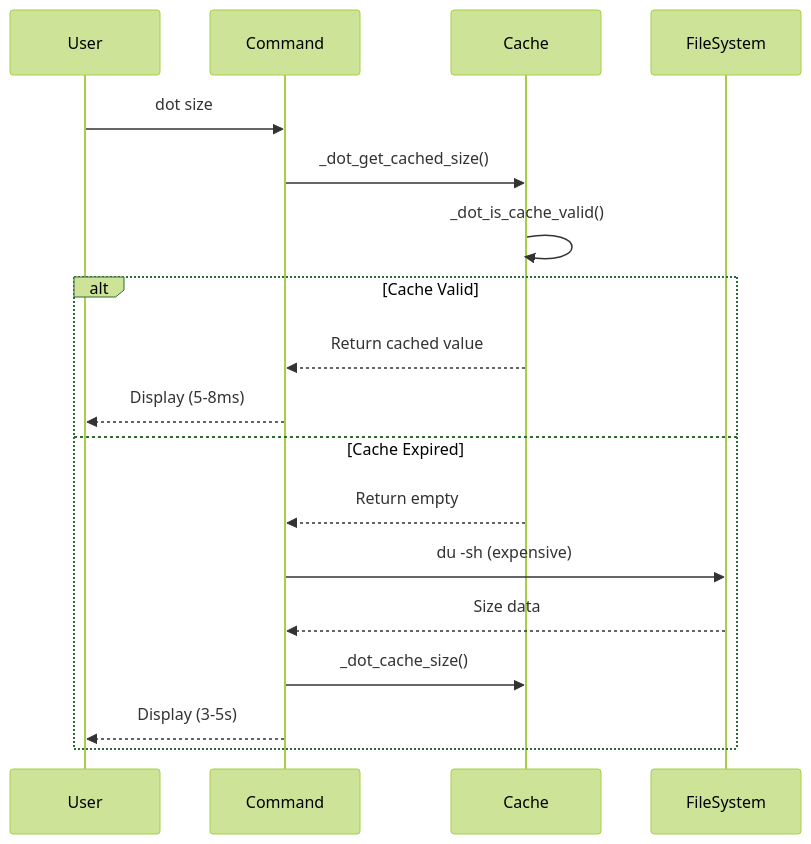
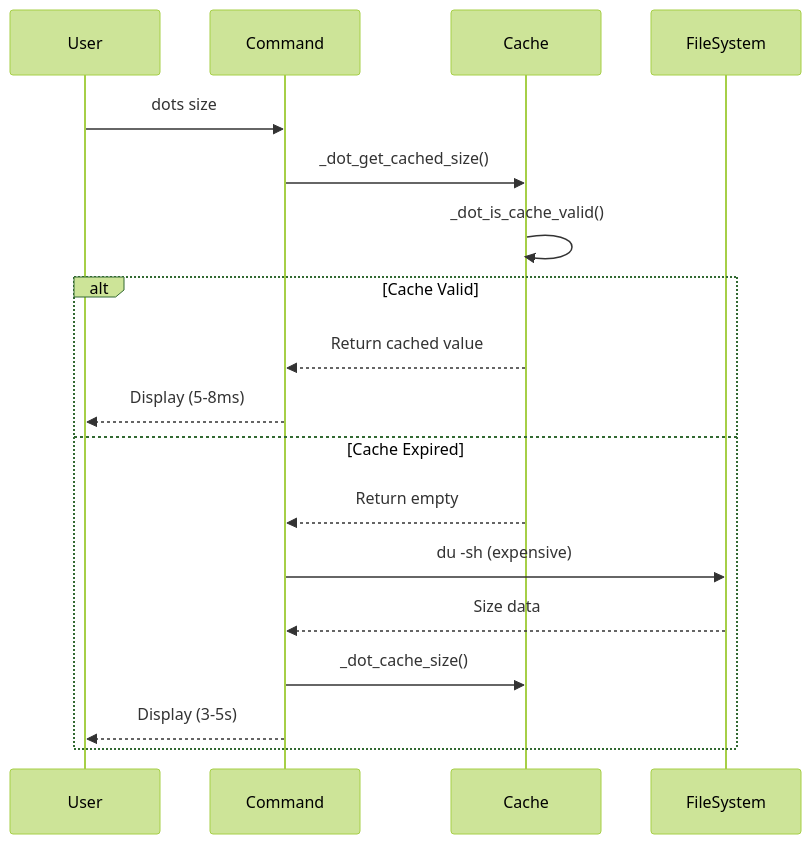
Before and after one commit to Data-Wise/flow-cli: the fourth of 15 diagrams in docs/architecture/DOT-SAFETY-ARCHITECTURE.md, drawn with Mermaid (forest theme). The commit also changed other lines of this file and 91 other files, not shown here.

First line of the commit message:
feat: split dot dispatcher into dots, sec, tok (#381)

````diff
--- a/docs/architecture/DOT-SAFETY-ARCHITECTURE.md
+++ b/docs/architecture/DOT-SAFETY-ARCHITECTURE.md
@@ -237,21 +237,21 @@
 ```mermaid
 sequenceDiagram
     participant User
     participant Command
     participant Cache
     participant FileSystem
 
-    User->>Command: dot size
+    User->>Command: dots size
     Command->>Cache: _dot_get_cached_size()
     Cache->>Cache: _dot_is_cache_valid()
     alt Cache Valid
         Cache-->>Command: Return cached value
         Command-->>User: Display (5-8ms)
     else Cache Expired
         Cache-->>Command: Return empty
         Command->>FileSystem: du -sh (expensive)
         FileSystem-->>Command: Size data
         Command->>Cache: _dot_cache_size()
         Command-->>User: Display (3-5s)
     end
 ```
````
